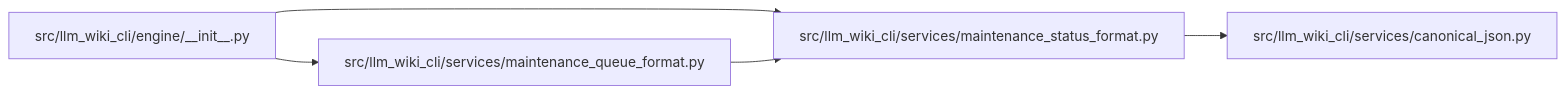
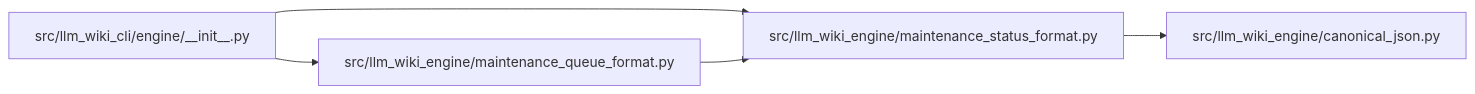
The diagram in docs/llm_wiki/modules/maintenance_status_format.md (Denissvgn/python-wiki-llm), drawn with Mermaid before and after one commit. The commit also changed other lines of this file and 1103 other files, not shown here.

First line of the commit message:
docs: refresh the wiki for the llm-wiki-engine distribution

````diff
--- a/docs/llm_wiki/modules/maintenance_status_format.md
+++ b/docs/llm_wiki/modules/maintenance_status_format.md
@@ -30,15 +30,15 @@
 ```mermaid
 flowchart LR
     n0["src/llm_wiki_cli/engine/__init__.py"]
-    n1["src/llm_wiki_cli/services/canonical_json.py"]
-    n2["src/llm_wiki_cli/services/maintenance_queue_format.py"]
-    n3["src/llm_wiki_cli/services/maintenance_status_format.py"]
+    n1["src/llm_wiki_engine/canonical_json.py"]
+    n2["src/llm_wiki_engine/maintenance_queue_format.py"]
+    n3["src/llm_wiki_engine/maintenance_status_format.py"]
     n0 --> n2
     n0 --> n3
     n2 --> n3
     n3 --> n1
     click n0 "../modules/engine___init__.md"
     click n1 "../modules/canonical_json.md"
     click n2 "../modules/maintenance_queue_format.md"
     click n3 "../modules/maintenance_status_format.md"
 ```
````
